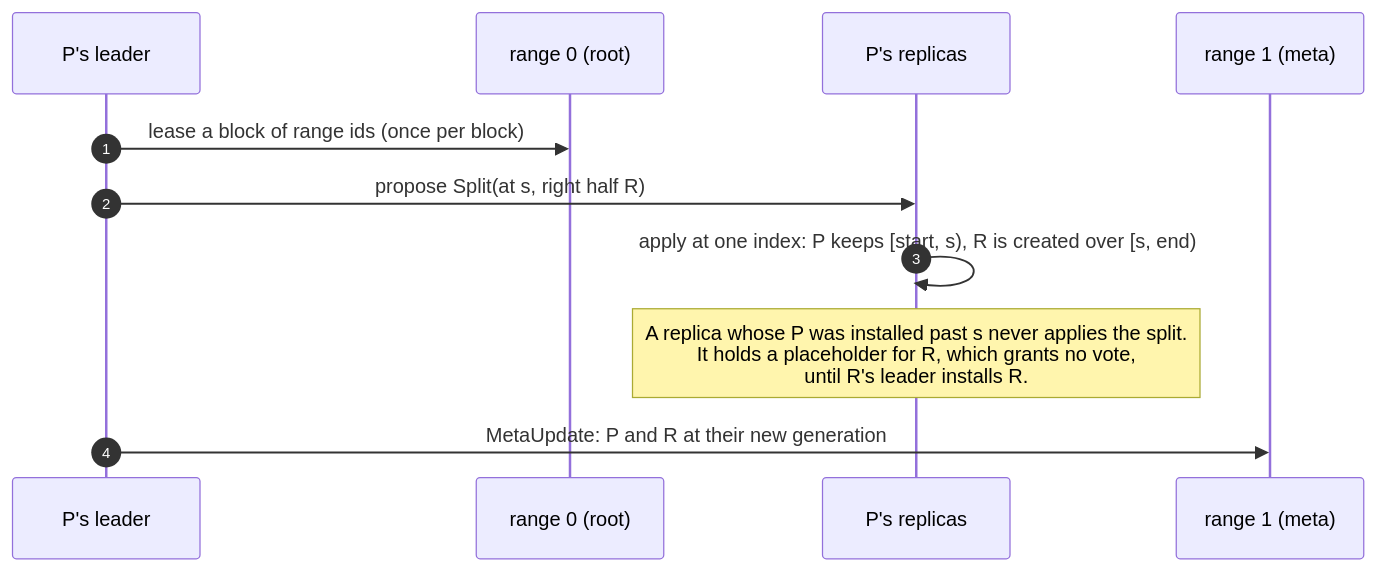
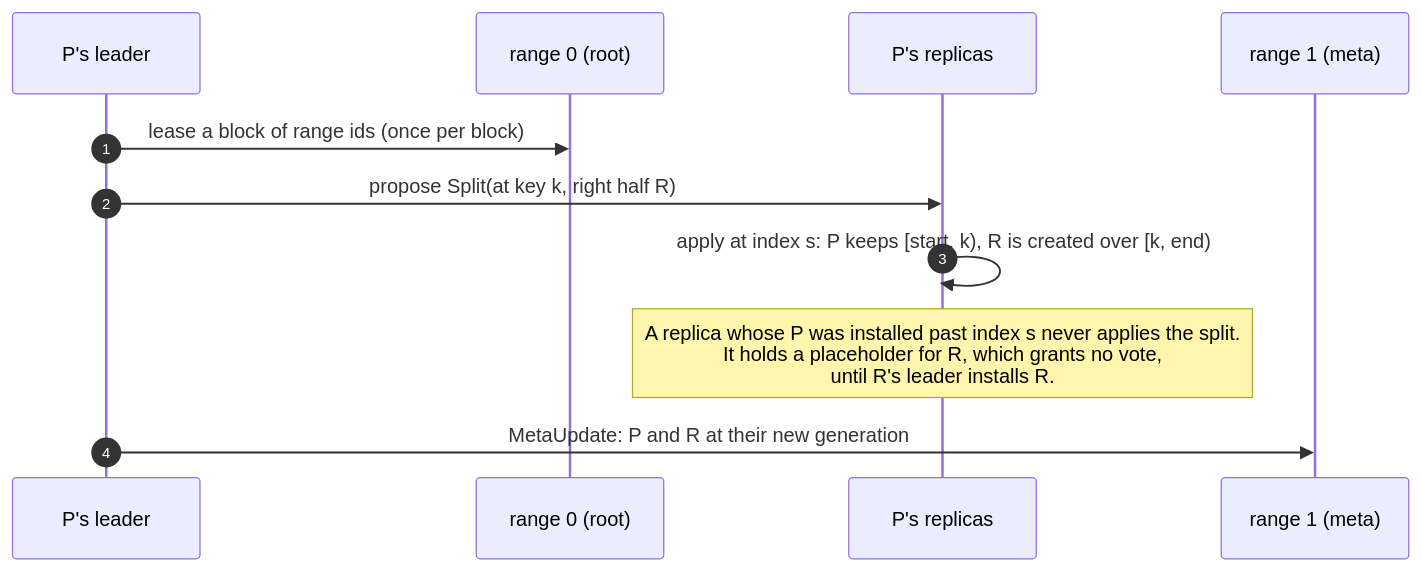
The third of 4 diagrams in README.md (pchrysostomou/ananke), drawn with Mermaid before and after one commit. The commit also changed other lines of this file, not shown here.

````diff
--- a/README.md
+++ b/README.md
@@ -119,13 +126,13 @@
 ```mermaid
 sequenceDiagram
   autonumber
   participant L as P's leader
   participant R0 as range 0 (root)
   participant P as P's replicas
   participant M as range 1 (meta)
   L->>R0: lease a block of range ids (once per block)
-  L->>P: propose Split(at s, right half R)
-  P->>P: apply at one index: P keeps [start, s), R is created over [s, end)
-  Note over P: A replica whose P was installed past s never applies the split.<br/>It holds a placeholder for R, which grants no vote,<br/>until R's leader installs R.
+  L->>P: propose Split(at key k, right half R)
+  P->>P: apply at index s: P keeps [start, k), R is created over [k, end)
+  Note over P: A replica whose P was installed past index s never applies the split.<br/>It holds a placeholder for R, which grants no vote,<br/>until R's leader installs R.
   L->>M: MetaUpdate: P and R at their new generation
 ```
````
